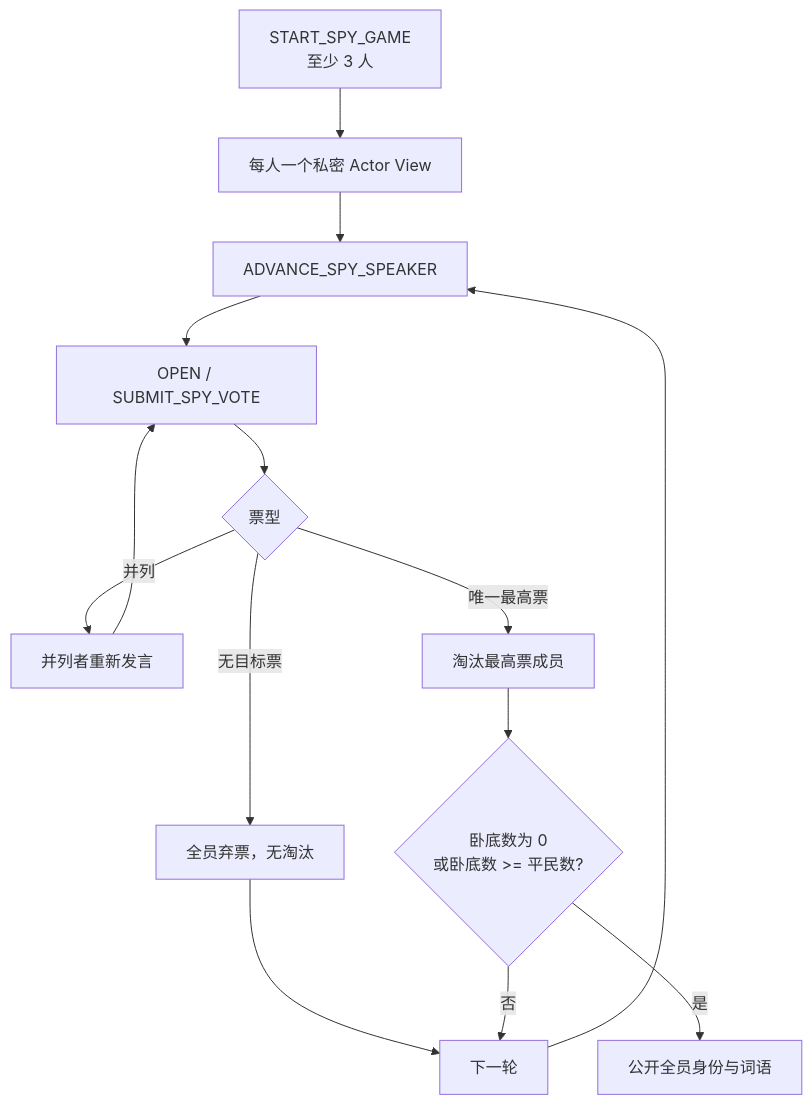
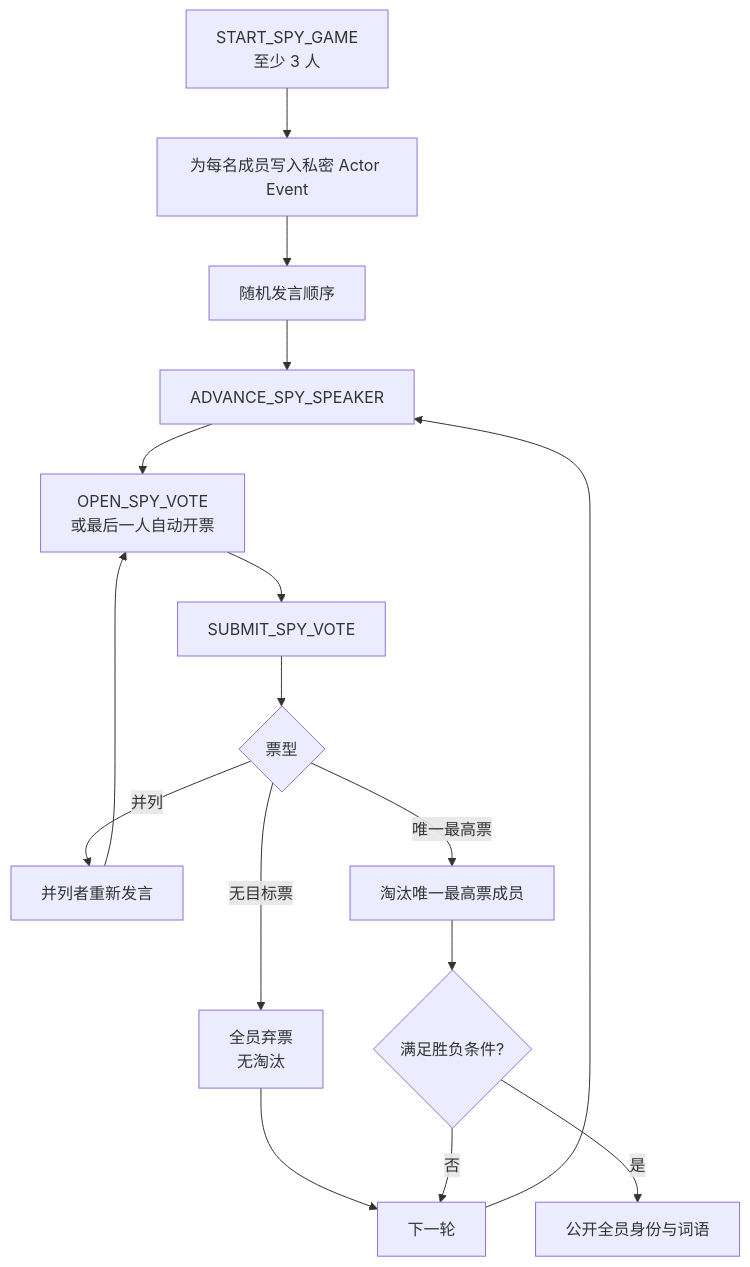
One commit to Bubble-419/cardboard-miniprogram changed diagram 13 of 17 in docs/ROOM_BUSINESS_FLOWS.md. Above: the diagram before and after it, drawn with Mermaid. The commit also changed other lines of this file and 25 other files, not shown here.

Commit message:
fix: align v3 routes with business flows

````diff
--- a/docs/ROOM_BUSINESS_FLOWS.md
+++ b/docs/ROOM_BUSINESS_FLOWS.md
@@ -247,21 +408,23 @@
 ```mermaid
 flowchart TD
   START[START_SPY_GAME<br/>至少 3 人]
-  DEAL[每人一个私密 Actor View]
+  SECRET[为每名成员写入私密 Actor Event]
+  ORDER[随机发言顺序]
   SPEAK[ADVANCE_SPY_SPEAKER]
-  VOTE[OPEN / SUBMIT_SPY_VOTE]
-  RESULT{票型}
+  OPEN[OPEN_SPY_VOTE<br/>或最后一人自动开票]
+  SUBMIT[SUBMIT_SPY_VOTE]
+  SHAPE{票型}
   TIE[并列者重新发言]
-  ABSTAIN[全员弃票，无淘汰]
-  ELIM[淘汰最高票成员]
-  WIN{卧底数为 0<br/>或卧底数 >= 平民数?}
+  ABSTAIN[全员弃票<br/>无淘汰]
+  ELIM[淘汰唯一最高票成员]
+  WIN{满足胜负条件?}
   SETTLED[公开全员身份与词语]
   NEXT[下一轮]
 
-  START --> DEAL --> SPEAK --> VOTE --> RESULT
-  RESULT -->|并列| TIE --> VOTE
-  RESULT -->|无目标票| ABSTAIN --> NEXT
-  RESULT -->|唯一最高票| ELIM --> WIN
+  START --> SECRET --> ORDER --> SPEAK --> OPEN --> SUBMIT --> SHAPE
+  SHAPE -->|并列| TIE --> OPEN
+  SHAPE -->|无目标票| ABSTAIN --> NEXT
+  SHAPE -->|唯一最高票| ELIM --> WIN
   WIN -->|否| NEXT --> SPEAK
   WIN -->|是| SETTLED
 ```
````
